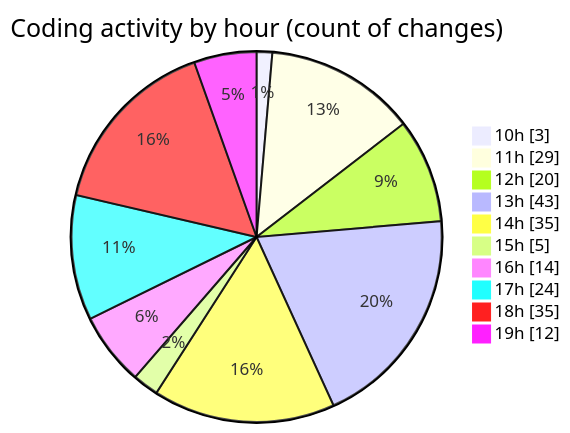
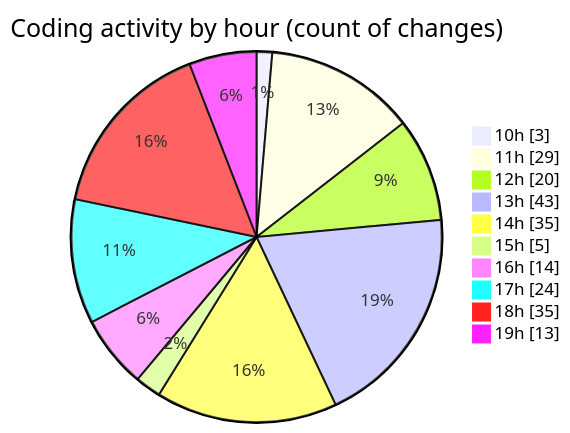
Before and after one commit to EIIisD/code-tracking: the second of 2 diagrams in 2025-08-14/ribbon/README.md, drawn with Mermaid. The commit also changed other lines of this file and 1 other file, not shown here.

````diff
--- a/2025-08-14/ribbon/README.md
+++ b/2025-08-14/ribbon/README.md
@@ -45,14 +45,14 @@
 ```mermaid
 pie showData
 title Coding activity by hour (count of changes)
 "10h" : 3
 "11h" : 29
 "12h" : 20
 "13h" : 43
 "14h" : 35
 "15h" : 5
 "16h" : 14
 "17h" : 24
 "18h" : 35
-"19h" : 12
+"19h" : 13
 ```
````
